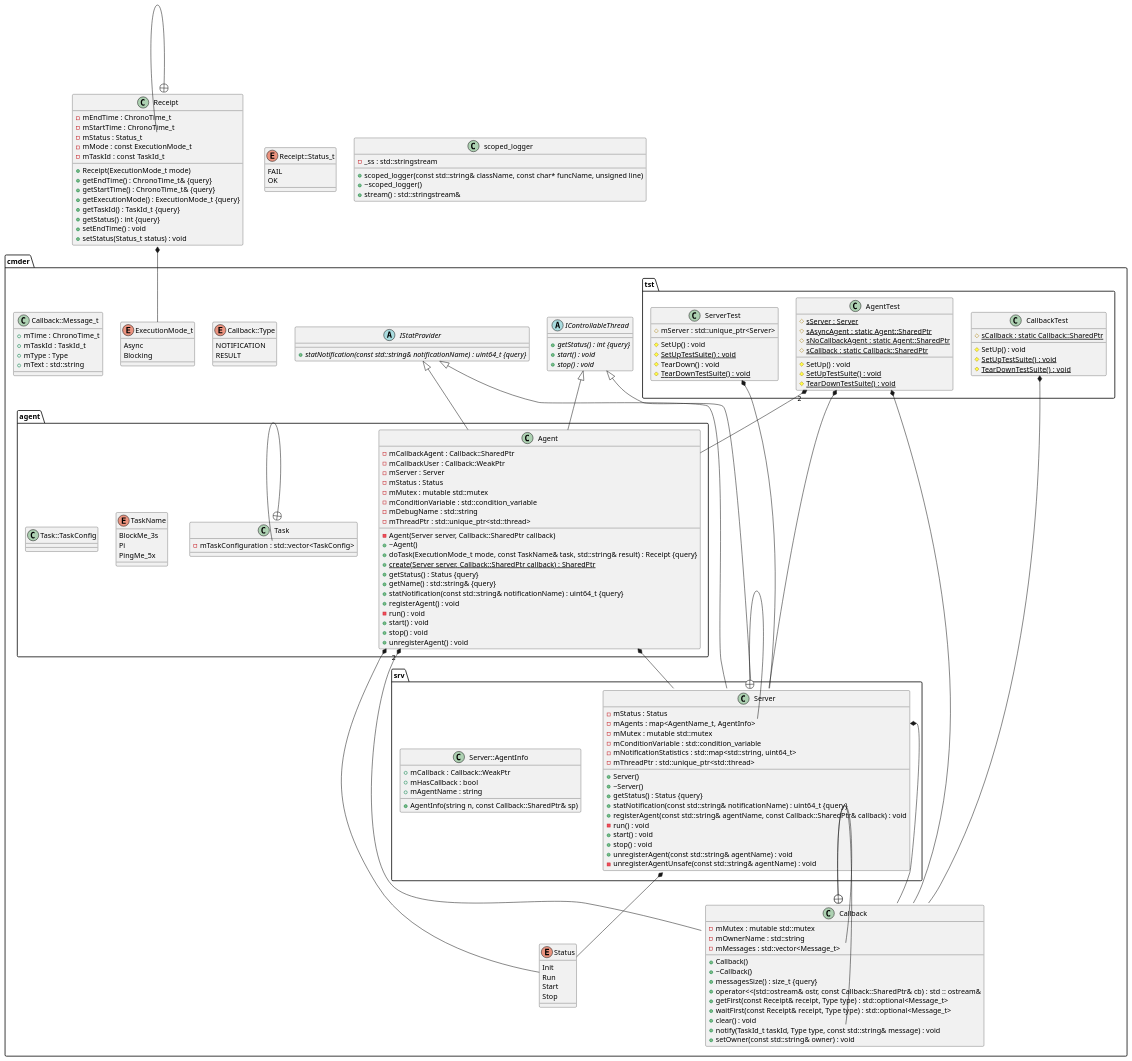
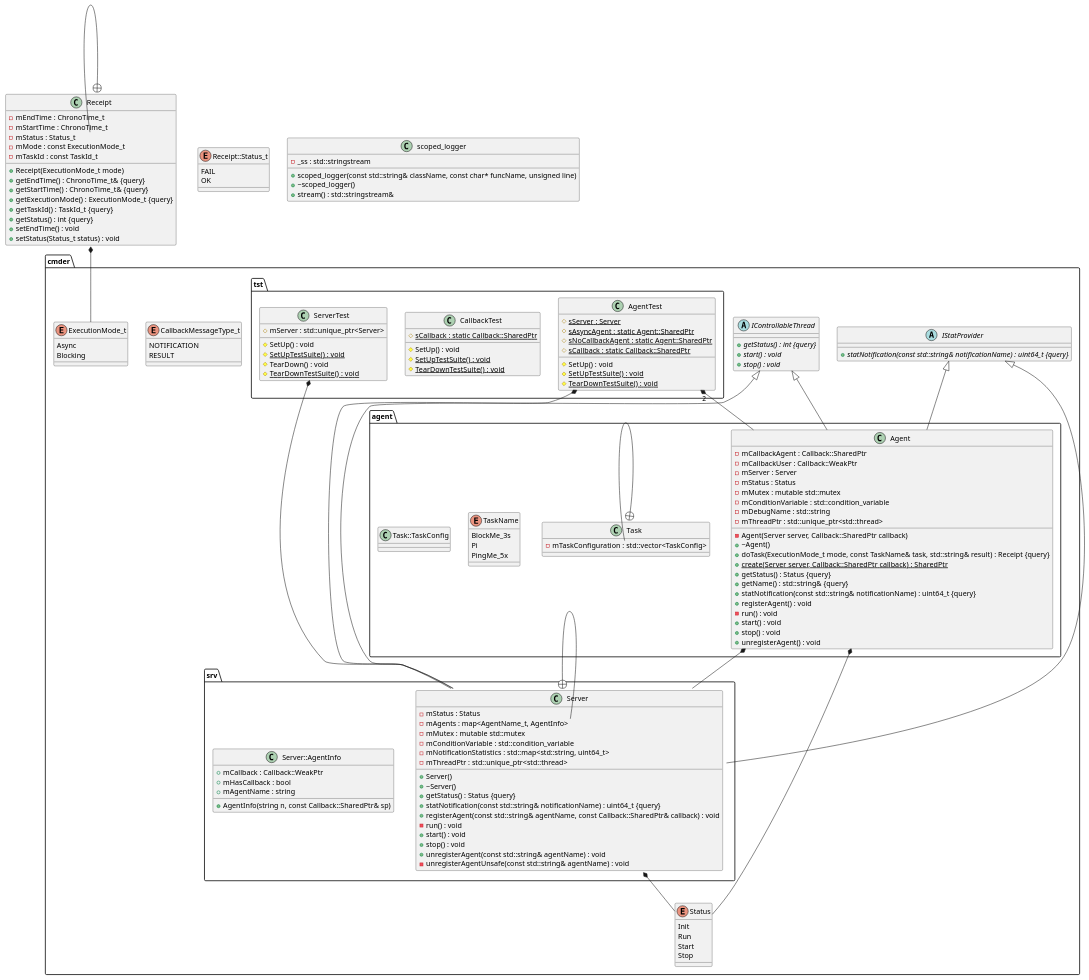
One commit to h6wk/Cmder changed the diagram in diagrams/classdiagram.puml. Above: the diagram before and after it, drawn with PlantUML. The commit also changed 13 other files, not shown here.

```diff
--- a/diagrams/classdiagram.puml
+++ b/diagrams/classdiagram.puml
@@ -38,21 +38,6 @@
 
 
 namespace cmder {
-	class Callback {
-		+Callback()
-		+~Callback()
-		-mMutex : mutable std::mutex
-		+messagesSize() : size_t {query}
-		+operator<<(std::ostream& ostr, const Callback::SharedPtr& cb) : std :: ostream&
-		+getFirst(const Receipt& receipt, Type type) : std::optional<Message_t>
-		+waitFirst(const Receipt& receipt, Type type) : std::optional<Message_t>
-		-mOwnerName : std::string
-		-mMessages : std::vector<Message_t>
-		+clear() : void
-		+notify(TaskId_t taskId, Type type, const std::string& message) : void
-		+setOwner(const std::string& owner) : void
-	}
-
 	abstract class IControllableThread {
 		+{abstract} getStatus() : int {query}
 		+{abstract} start() : void
@@ -63,7 +48,7 @@
 		+{abstract} statNotification(const std::string& notificationName) : uint64_t {query}
 	}
 
-	enum Callback::Type {
+	enum CallbackMessageType_t {
 		NOTIFICATION
 		RESULT
 	}
@@ -78,13 +63,6 @@
 		Run
 		Start
 		Stop
-	}
-
-	class Callback::Message_t {
-		+mTime : ChronoTime_t
-		+mTaskId : TaskId_t
-		+mType : Type
-		+mText : std::string
 	}
 
 	namespace tst {
@@ -204,9 +182,6 @@
 
 /' Aggregation relationships '/
 
-cmder.agent.Agent "2" *-- cmder.Callback
-
-
 cmder.agent.Agent *-- cmder.srv.Server
 
 
@@ -216,22 +191,13 @@
 cmder.tst.AgentTest "2" *-- cmder.agent.Agent
 
 
-cmder.tst.AgentTest *-- cmder.Callback
-
-
 cmder.tst.AgentTest *-- cmder.srv.Server
-
-
-cmder.tst.CallbackTest *-- cmder.Callback
 
 
 .Receipt *-- cmder.ExecutionMode_t
 
 
 cmder.srv.Server *-- cmder.Status
-
-
-cmder.srv.Server::AgentInfo *-- cmder.Callback
 
 
 cmder.tst.ServerTest *-- cmder.srv.Server
@@ -242,12 +208,6 @@
 
 
 /' Nested objects '/
-
-cmder.Callback +-- cmder.Callback::Message_t
-
-
-cmder.Callback +-- cmder.Callback::Type
-
 
 .Receipt +-- .Receipt::Status_t
 
```
